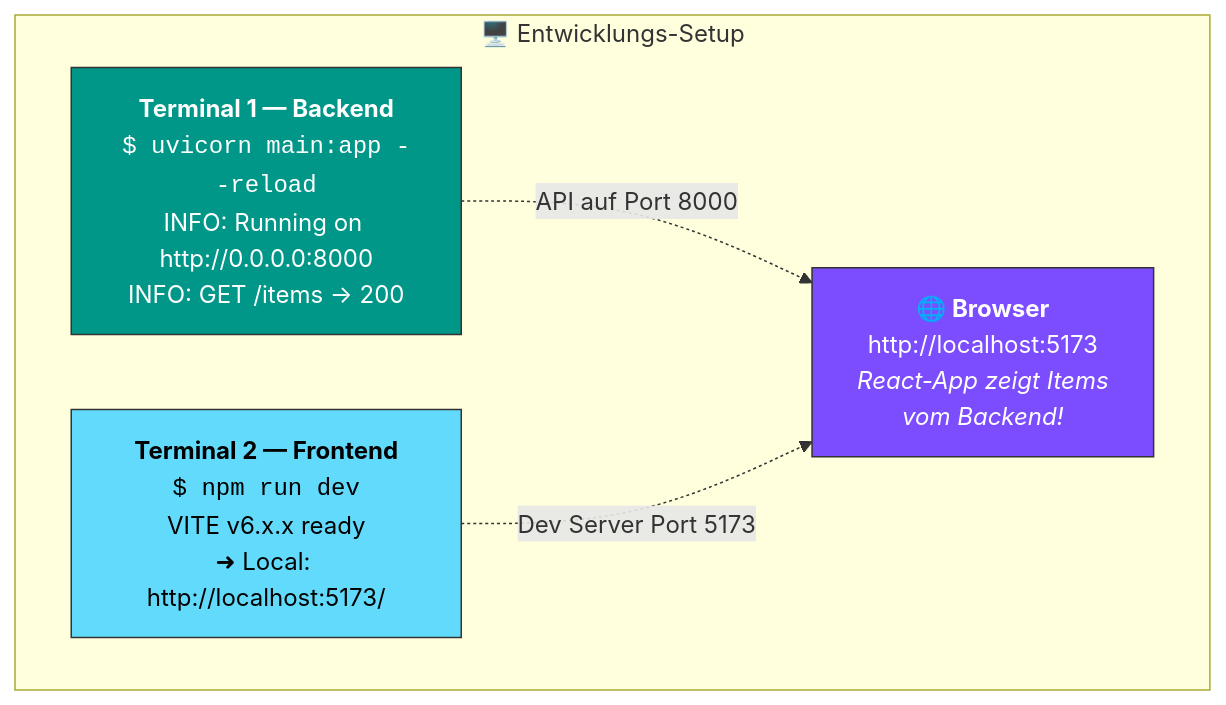
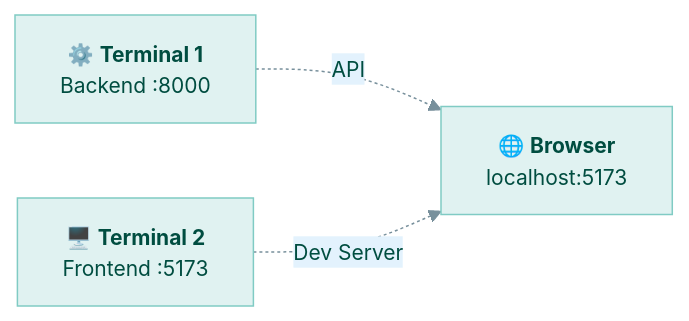
Before and after one commit to JacobMenge/kurs-25-06: the fourth of 5 diagrams in docs/modul-3/woche-6/wochenprojekt-fullstack-react-fastapi.md, drawn with Mermaid. The commit also changed other lines of this file and 6 other files, not shown here.

````diff
--- a/docs/modul-3/woche-6/wochenprojekt-fullstack-react-fastapi.md
+++ b/docs/modul-3/woche-6/wochenprojekt-fullstack-react-fastapi.md
@@ -988,16 +980,6 @@
 ```mermaid
-graph TD
-    subgraph dev["🖥️ Entwicklungs-Setup"]
-        direction LR
-        T1["<b>Terminal 1 — Backend</b><br/><code>$ uvicorn main:app --reload</code><br/>INFO: Running on http://0.0.0.0:8000<br/>INFO: GET /items → 200"]
-        T2["<b>Terminal 2 — Frontend</b><br/><code>$ npm run dev</code><br/>VITE v6.x.x ready<br/>➜ Local: http://localhost:5173/"]
-        BR["<b>🌐 Browser</b><br/>http://localhost:5173<br/><i>React-App zeigt Items<br/>vom Backend!</i>"]
-    end
-
-    T1 -. "API auf Port 8000" .-> BR
-    T2 -. "Dev Server Port 5173" .-> BR
-
-    style T1 fill:#009688,stroke:#333,color:#fff
-    style T2 fill:#61dafb,stroke:#333,color:#000
-    style BR fill:#7c4dff,stroke:#333,color:#fff
+%%{init: {'theme': 'base', 'themeVariables': {'primaryColor': '#e0f2f1', 'primaryTextColor': '#004d40', 'primaryBorderColor': '#80cbc4', 'secondaryColor': '#e3f2fd', 'secondaryTextColor': '#0d47a1', 'secondaryBorderColor': '#90caf9', 'lineColor': '#78909c', 'fontSize': '14px'}}}%%
+graph LR
+    T1["⚙️ <b>Terminal 1</b><br/>Backend :8000"] -. "API" .-> BR["🌐 <b>Browser</b><br/>localhost:5173"]
+    T2["🖥️ <b>Terminal 2</b><br/>Frontend :5173"] -. "Dev Server" .-> BR
 ```
````
